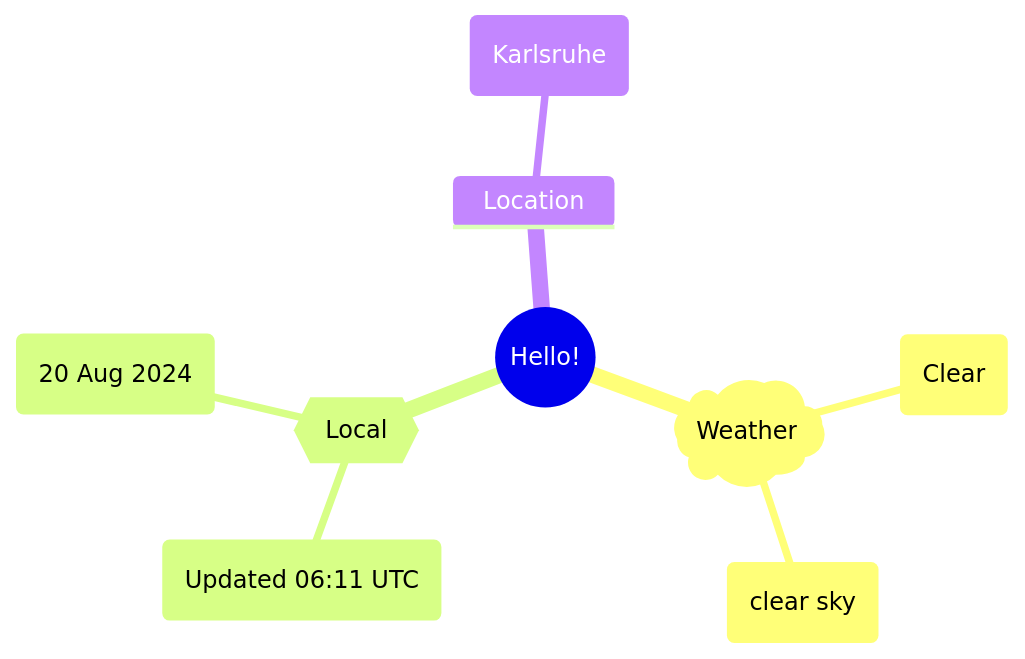
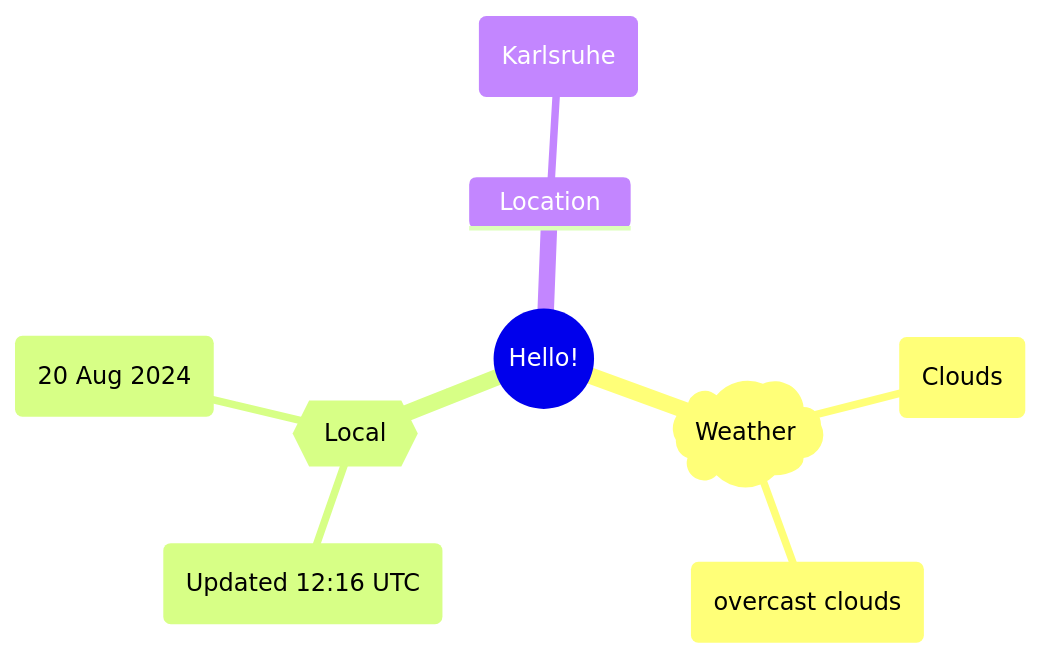
Before and after one commit to Xosrov/Xosrov: the first of 2 diagrams in README.md, drawn with Mermaid.

Commit message:
[bot] updated images

````diff
--- a/README.md
+++ b/README.md
@@ -3,12 +3,12 @@
 ```mermaid
 mindmap
   root((Hello!))
     )Weather(
-        (Clear)
-        (clear sky)
+        (Clouds)
+        (overcast clouds)
     {{Local}}
-        (Updated 06:11 UTC)
+        (Updated 12:16 UTC)
         (20 Aug 2024)
     Location
         (Karlsruhe)
 ```
````
